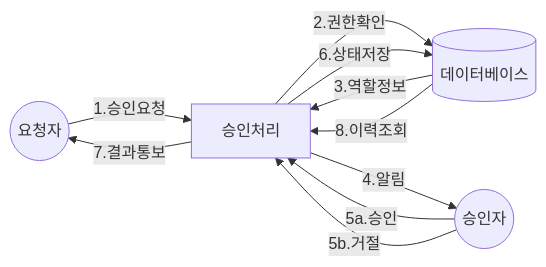
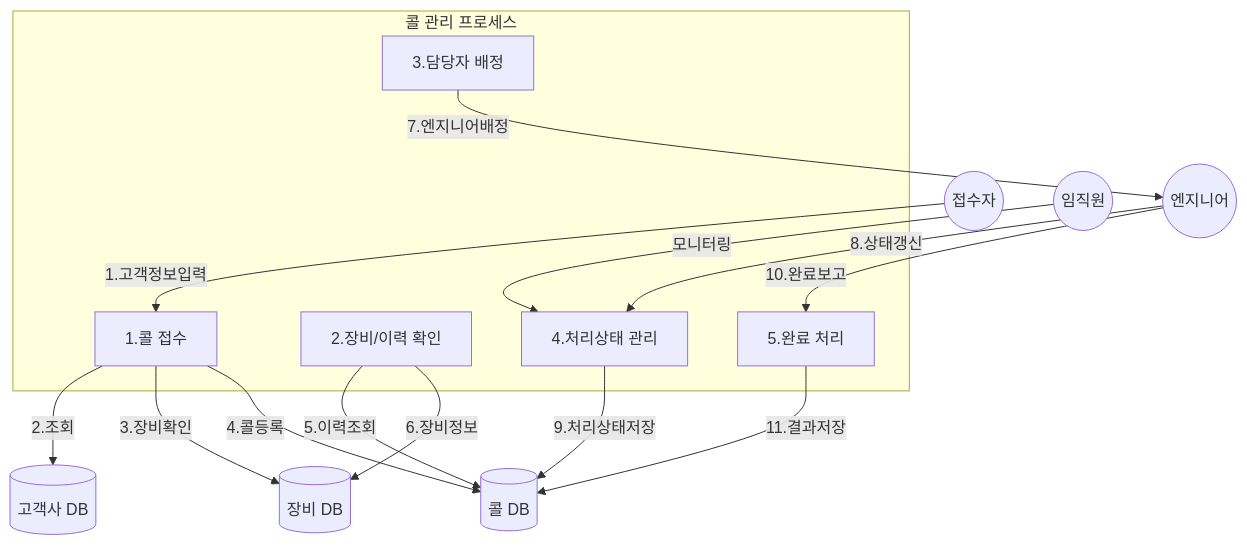
Before and after one commit to daekyung23/back-end: the third of 4 diagrams in docs/architecture/dfd.md, drawn with Mermaid. The commit also changed other lines of this file, not shown here.

````diff
--- a/docs/architecture/dfd.md
+++ b/docs/architecture/dfd.md
@@ -54,17 +53,35 @@
 ```mermaid
-flowchart LR
-    Req((요청자))
-    Process[승인처리]
-    Approver((승인자))
-    DB[(데이터베이스)]
+flowchart TD
+    Receiver((접수자))
+    Engineer((엔지니어))
+    Employees((임직원))
     
-    Req -->|1.승인요청| Process
-    Process -->|2.권한확인| DB
-    DB -->|3.역할정보| Process
-    Process -->|4.알림| Approver
-    Approver -->|5a.승인| Process
-    Approver -->|5b.거절| Process
-    Process -->|6.상태저장| DB
-    Process -->|7.결과통보| Req
-    DB -->|8.이력조회| Process
+    DB_Call[(콜 DB)]
+    DB_Device[(장비 DB)]
+    DB_Client[(고객사 DB)]
+    
+    subgraph Call_Process[콜 관리 프로세스]
+        Register[1.콜 접수]
+        Check[2.장비/이력 확인]
+        Assign[3.담당자 배정]
+        Process[4.처리상태 관리]
+        Complete[5.완료 처리]
+    end
+    
+    Receiver -->|1.고객정보입력| Register
+    Register -->|2.조회| DB_Client
+    Register -->|3.장비확인| DB_Device
+    Register -->|4.콜등록| DB_Call
+    
+    Check -->|5.이력조회| DB_Call
+    Check -->|6.장비정보| DB_Device
+    
+    Assign -->|7.엔지니어배정| Engineer
+    Engineer -->|8.상태갱신| Process
+    
+    Process -->|9.처리상태저장| DB_Call
+    Engineer -->|10.완료보고| Complete
+    Complete -->|11.결과저장| DB_Call
+    
+    Employees -->|모니터링| Process
 ```
````
